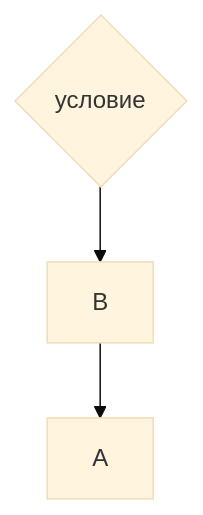
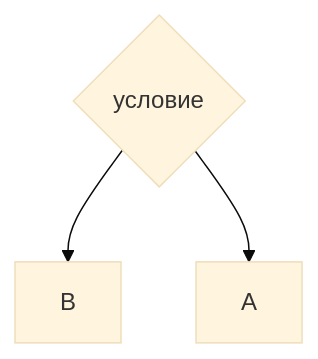
Before and after one commit to SofiiaBobr5565/Mermaid_syntax_hints_for_md: the sixth of 6 diagrams in README.md, drawn with Mermaid (base theme).

````diff
--- a/README.md
+++ b/README.md
@@ -63,4 +63,4 @@
 ```mermaid
 flowchart TB
-node8{условие}--> B --> A
+node8{условие}--> B & A
 ```
````
